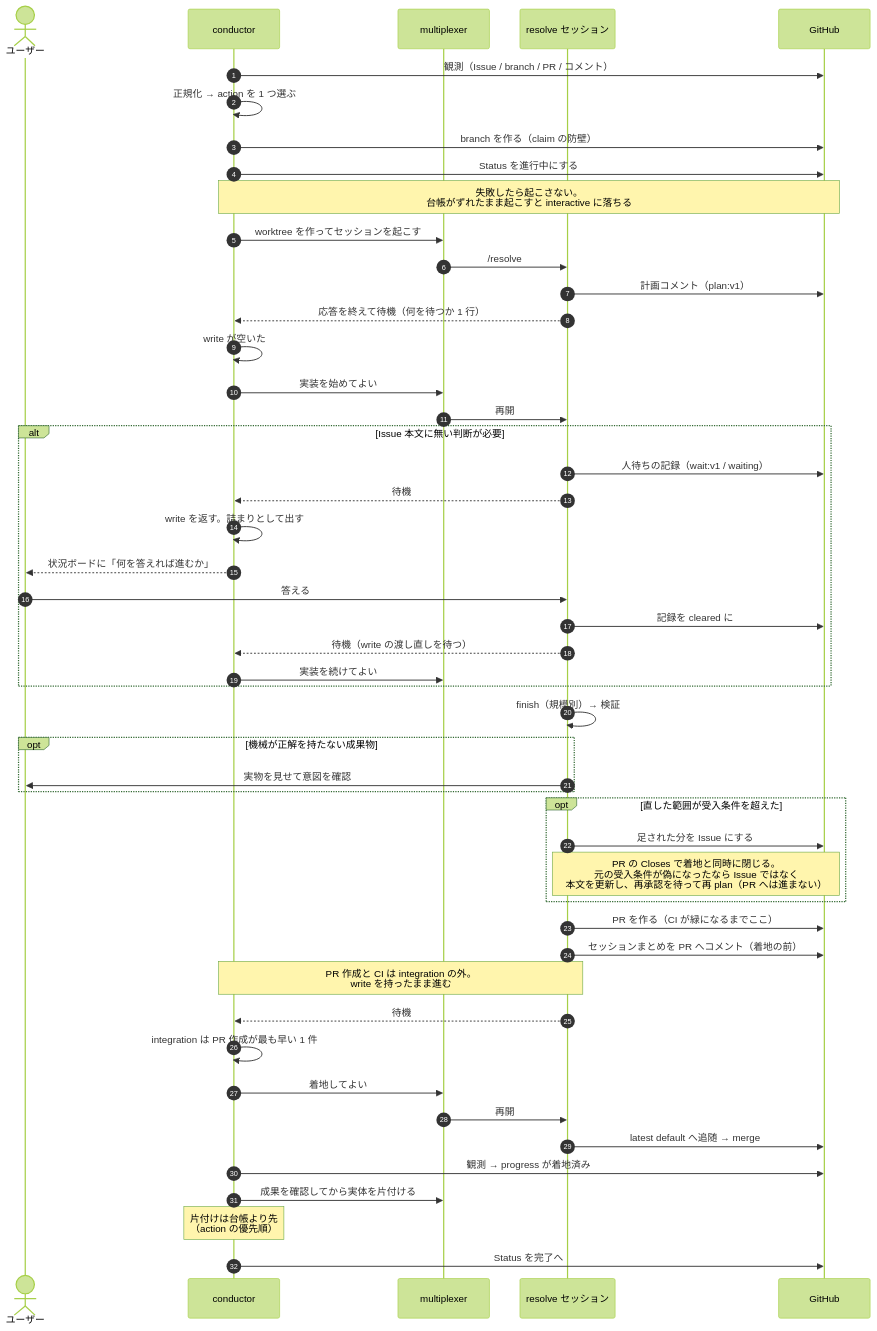
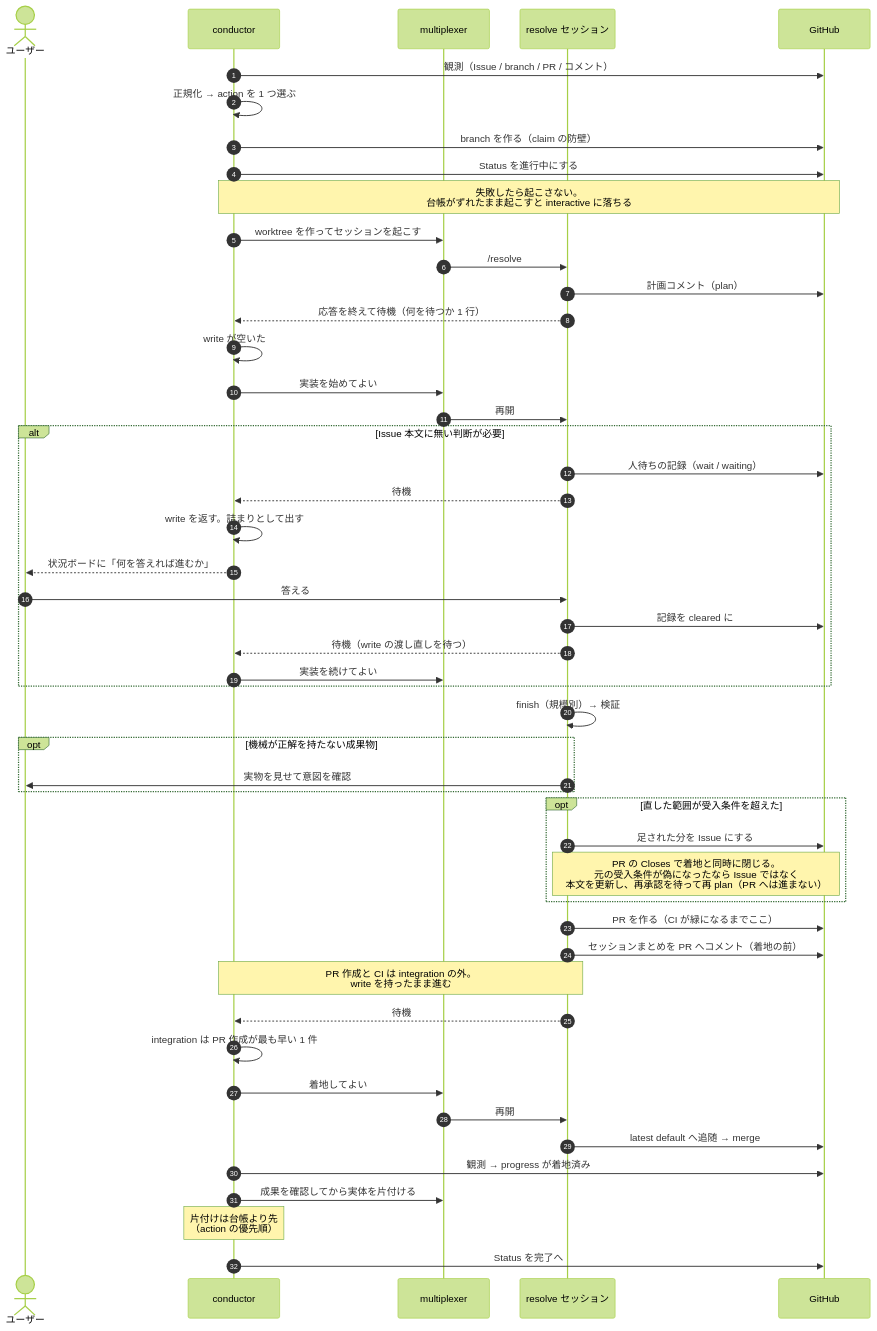
One commit to usagizmo/agentfiles changed the third of 4 diagrams in agents/docs/lifecycle.md. Above: the diagram before and after it, drawn with Mermaid (forest theme). The commit also changed other lines of this file and 19 other files, not shown here.

````diff
--- a/agents/docs/lifecycle.md
+++ b/agents/docs/lifecycle.md
@@ -107,56 +107,56 @@
 ```mermaid
 sequenceDiagram
     autonumber
     actor U as ユーザー
     participant C as conductor
     participant M as multiplexer
     participant R as resolve セッション
     participant GH as GitHub
 
     C->>GH: 観測（Issue / branch / PR / コメント）
     C->>C: 正規化 → action を 1 つ選ぶ
     C->>GH: branch を作る（claim の防壁）
     C->>GH: Status を進行中にする
     Note over C,GH: 失敗したら起こさない。<br/>台帳がずれたまま起こすと interactive に落ちる
     C->>M: worktree を作ってセッションを起こす
     M->>R: /resolve #N
 
-    R->>GH: 計画コメント（plan:v1）
+    R->>GH: 計画コメント（plan）
     R-->>C: 応答を終えて待機（何を待つか 1 行）
     C->>C: write が空いた
     C->>M: 実装を始めてよい
     M->>R: 再開
 
     alt Issue 本文に無い判断が必要
-        R->>GH: 人待ちの記録（wait:v1 / waiting）
+        R->>GH: 人待ちの記録（wait / waiting）
         R-->>C: 待機
         C->>C: write を返す。詰まりとして出す
         C-->>U: 状況ボードに「何を答えれば進むか」
         U->>R: 答える
         R->>GH: 記録を cleared に
         R-->>C: 待機（write の渡し直しを待つ）
         C->>M: 実装を続けてよい
     end
 
     R->>R: finish（規模別）→ 検証
     opt 機械が正解を持たない成果物
         R->>U: 実物を見せて意図を確認
     end
     opt 直した範囲が受入条件を超えた
         R->>GH: 足された分を Issue にする
         Note over R,GH: PR の Closes で着地と同時に閉じる。<br/>元の受入条件が偽になったなら Issue ではなく<br/>本文を更新し、再承認を待って再 plan（PR へは進まない）
     end
     R->>GH: PR を作る（CI が緑になるまでここ）
     R->>GH: セッションまとめを PR へコメント（着地の前）
     Note over R,C: PR 作成と CI は integration の外。<br/>write を持ったまま進む
     R-->>C: 待機
     C->>C: integration は PR 作成が最も早い 1 件
     C->>M: 着地してよい
     M->>R: 再開
     R->>GH: latest default へ追随 → merge
 
     C->>GH: 観測 → progress が着地済み
     C->>M: 成果を確認してから実体を片付ける
     Note over C: 片付けは台帳より先<br/>（action の優先順）
     C->>GH: Status を完了へ
 ```
````
